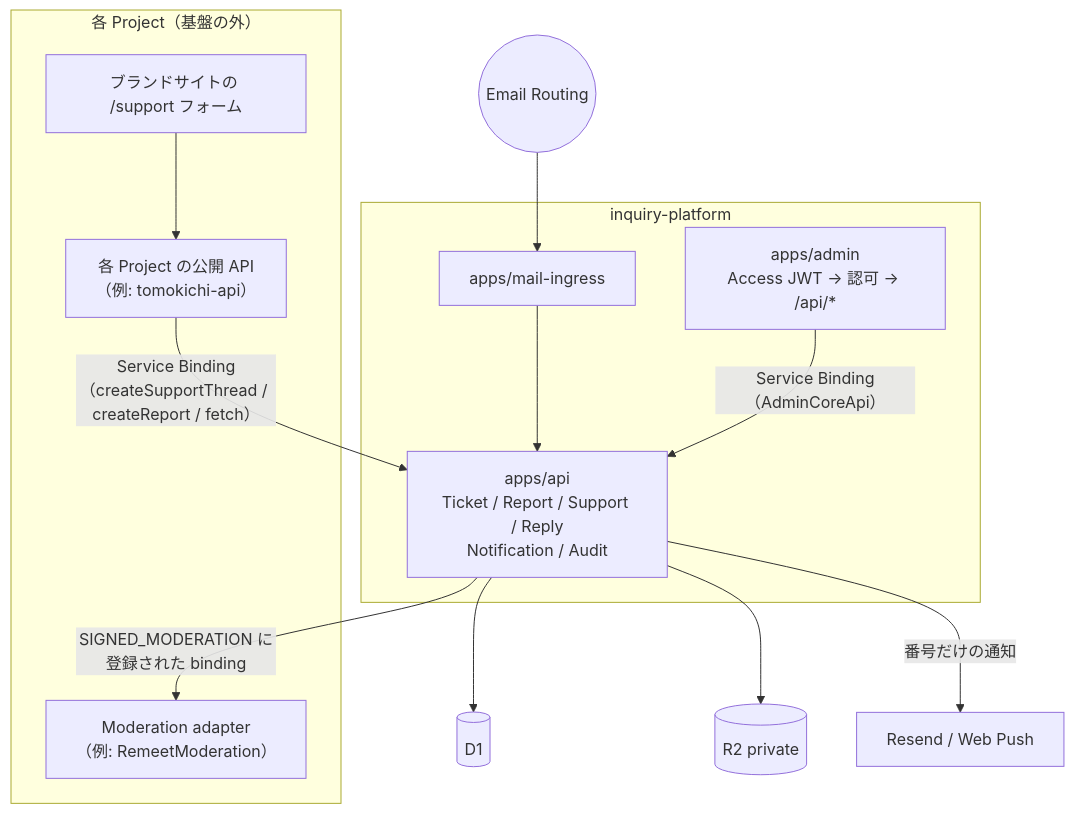
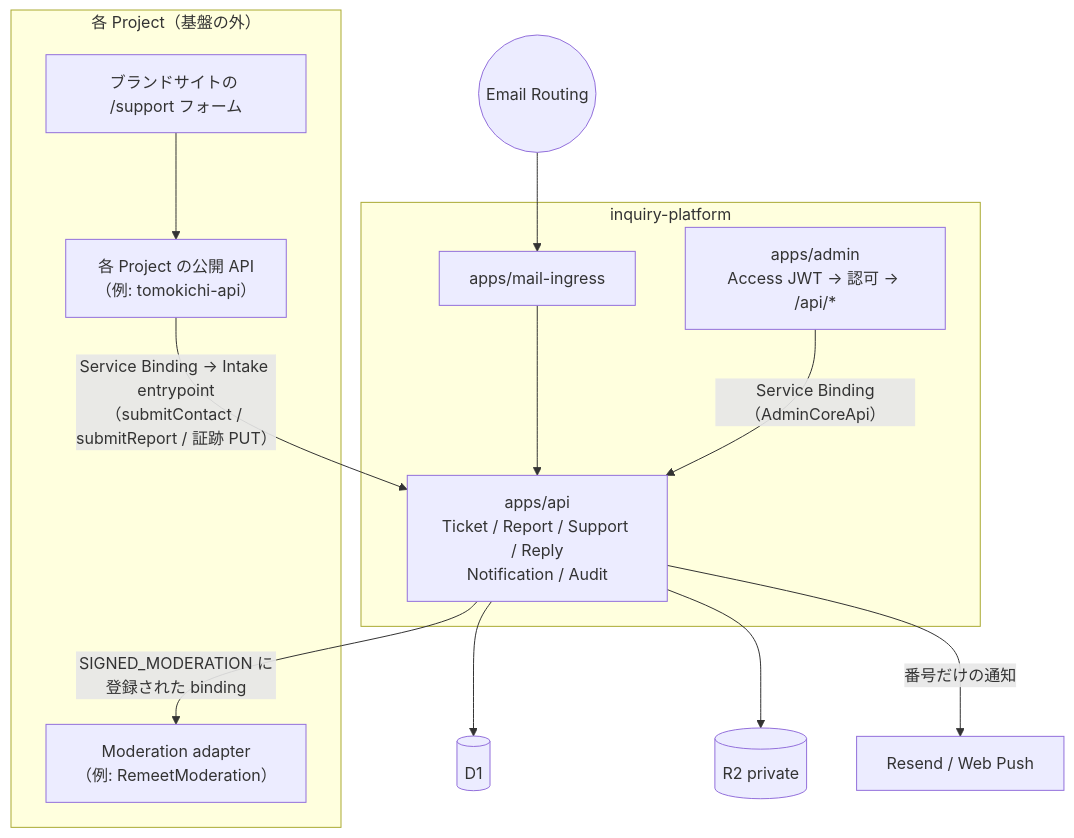
One commit to tomoki013/inquiry-platform changed the diagram in docs/architecture/overview.md. Above: the diagram before and after it, drawn with Mermaid. The commit also changed other lines of this file and 23 other files, not shown here.

First line of the commit message:
Add the Intake entrypoint and a zero-dependency SDK for projects

````diff
--- a/docs/architecture/overview.md
+++ b/docs/architecture/overview.md
@@ -7,21 +7,21 @@
 ```mermaid
 flowchart TB
   subgraph Projects["各 Project（基盤の外）"]
     Site["ブランドサイトの /support フォーム"]
     ProjAPI["各 Project の公開 API\n（例: tomokichi-api）"]
     Adapter["Moderation adapter\n（例: RemeetModeration）"]
   end
   subgraph Platform["inquiry-platform"]
     Admin["apps/admin\nAccess JWT → 認可 → /api/*"]
     Core["apps/api\nTicket / Report / Support / Reply\nNotification / Audit"]
     Ingress["apps/mail-ingress"]
   end
   Site --> ProjAPI
-  ProjAPI -- "Service Binding（createSupportThread / createReport / fetch）" --> Core
+  ProjAPI -- "Service Binding → Intake entrypoint\n（submitContact / submitReport / 証跡 PUT）" --> Core
   Email((Email Routing)) --> Ingress --> Core
   Admin -- "Service Binding（AdminCoreApi）" --> Core
   Core -- "SIGNED_MODERATION に登録された binding" --> Adapter
   Core --> D1[(D1)]
   Core --> R2[(R2 private)]
   Core -- "番号だけの通知" --> Mail["Resend / Web Push"]
 ```
````
